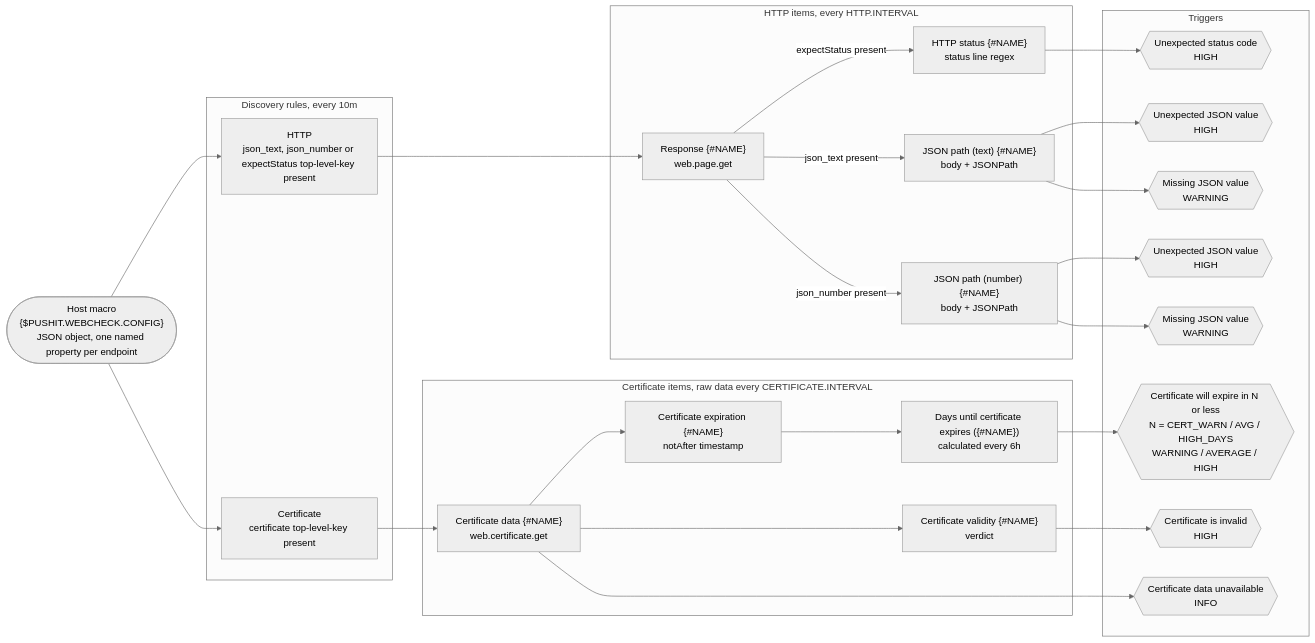
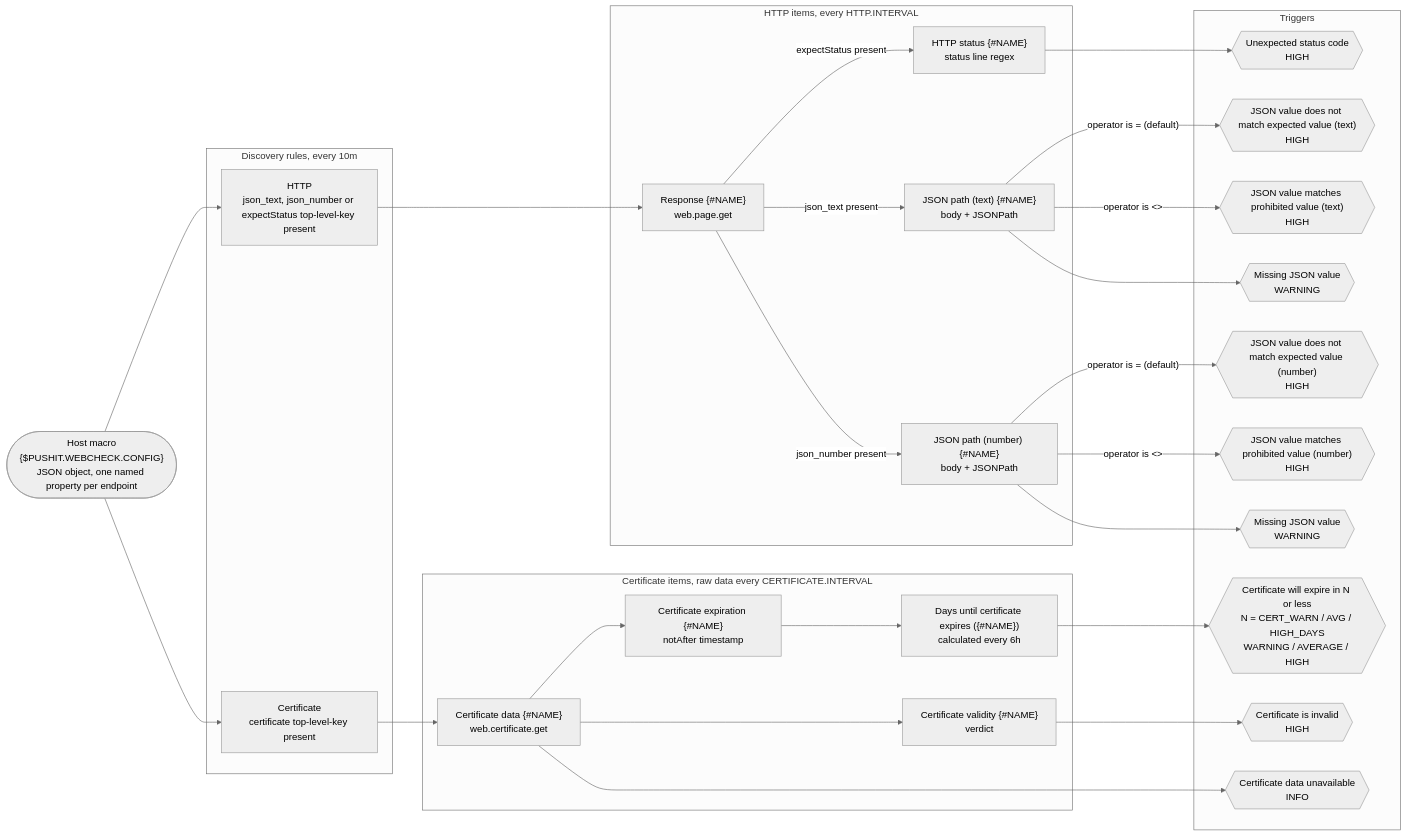
One commit to we-push-it/zabbix-web-check changed the diagram in README.md. Above: the diagram before and after it, drawn with Mermaid (neutral theme). The commit also changed other lines of this file and 2 other files, not shown here.

````diff
--- a/README.md
+++ b/README.md
@@ -52,49 +52,55 @@
 ```mermaid
 flowchart LR
     CFG(["Host macro<br/>{$PUSHIT.WEBCHECK.CONFIG}<br/>JSON object, one named property per endpoint"])
 
     subgraph LLD ["Discovery rules, every 10m"]
         DH["HTTP<br/>json_text, json_number or expectStatus top-level-key present"]
         DC["Certificate<br/>certificate top-level-key present"]
     end
 
     subgraph HI ["HTTP items, every HTTP.INTERVAL"]
         RAW["Response {#NAME}<br/>web.page.get"]
         ST["HTTP status {#NAME}<br/>status line regex"]
         JP["JSON path (text) {#NAME}<br/>body + JSONPath"]
         JP_num["JSON path (number) {#NAME}<br/>body + JSONPath"]
     end
 
     subgraph CI ["Certificate items, raw data every CERTIFICATE.INTERVAL"]
         CRAW["Certificate data {#NAME}<br/>web.certificate.get"]
         NA["Certificate expiration {#NAME}<br/>notAfter timestamp"]
         VAL["Certificate validity {#NAME}<br/>verdict"]
         DAYS["Days until certificate expires ({#NAME})<br/>calculated every 6h"]
     end
 
     subgraph TRG ["Triggers"]
         T1{{"Unexpected status code<br/>HIGH"}}
-        T2{{"Unexpected JSON value<br/>HIGH"}}
-        T6{{"Unexpected JSON value<br/>HIGH"}}
+        T2{{"JSON value does not match expected value (text)<br/>HIGH"}}
+        T6{{"JSON value does not match expected value (number)<br/>HIGH"}}
+        T9{{"JSON value matches prohibited value (text)<br/>HIGH"}}
+        T10{{"JSON value matches prohibited value (number)<br/>HIGH"}}
         T7{{"Missing JSON value<br/>WARNING"}}
         T8{{"Missing JSON value<br/>WARNING"}}
         T3{{"Certificate data unavailable<br/>INFO"}}
         T4{{"Certificate is invalid<br/>HIGH"}}
         T5{{"Certificate will expire in N or less<br/>N = CERT_WARN / AVG / HIGH_DAYS<br/>WARNING / AVERAGE / HIGH"}}
     end
 
     CFG --> DH & DC
     DH --> RAW
     RAW -->|expectStatus present| ST
     RAW -->|json_text present| JP
     RAW -->|json_number present| JP_num
     DC --> CRAW
     CRAW --> NA & VAL
     NA --> DAYS
     ST --> T1
-    JP --> T2 & T7
+    JP -->|"operator is = (default)"| T2
+    JP -->|"operator is <>"| T9
+    JP --> T7
     CRAW --> T3
     VAL --> T4
     DAYS --> T5
-    JP_num --> T6 & T8
+    JP_num -->|"operator is = (default)"| T6
+    JP_num -->|"operator is <>"| T10
+    JP_num --> T8
 ```
````
